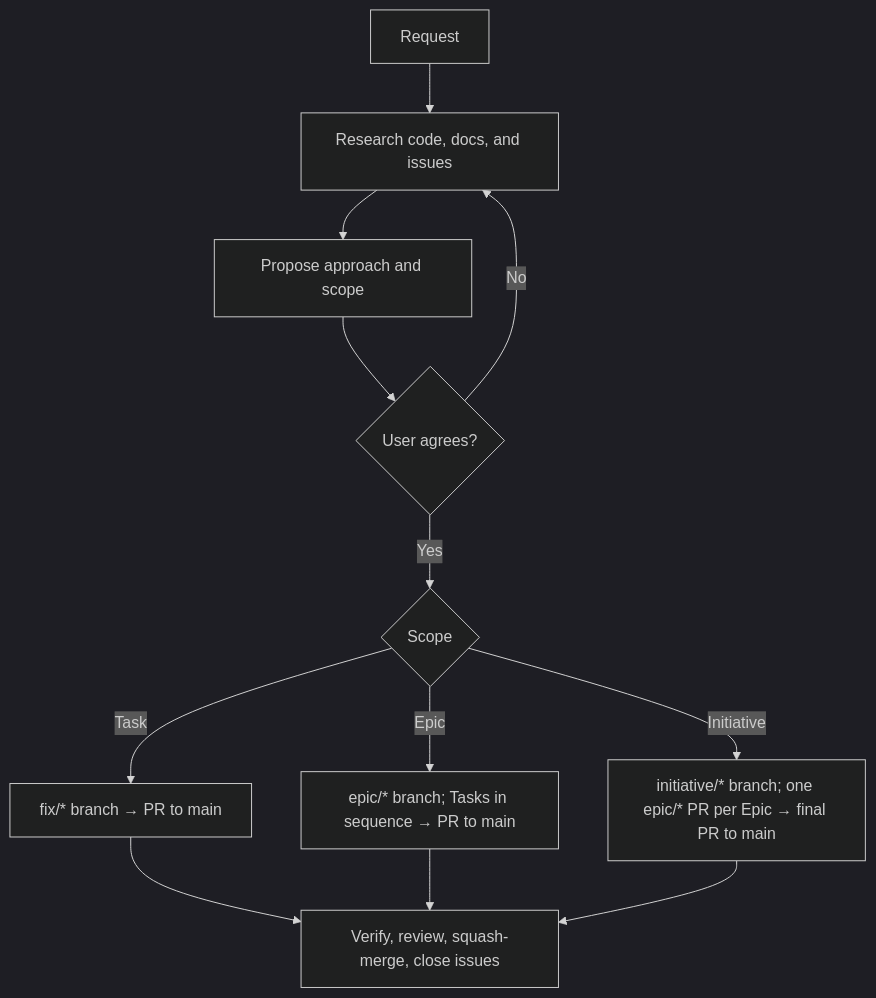
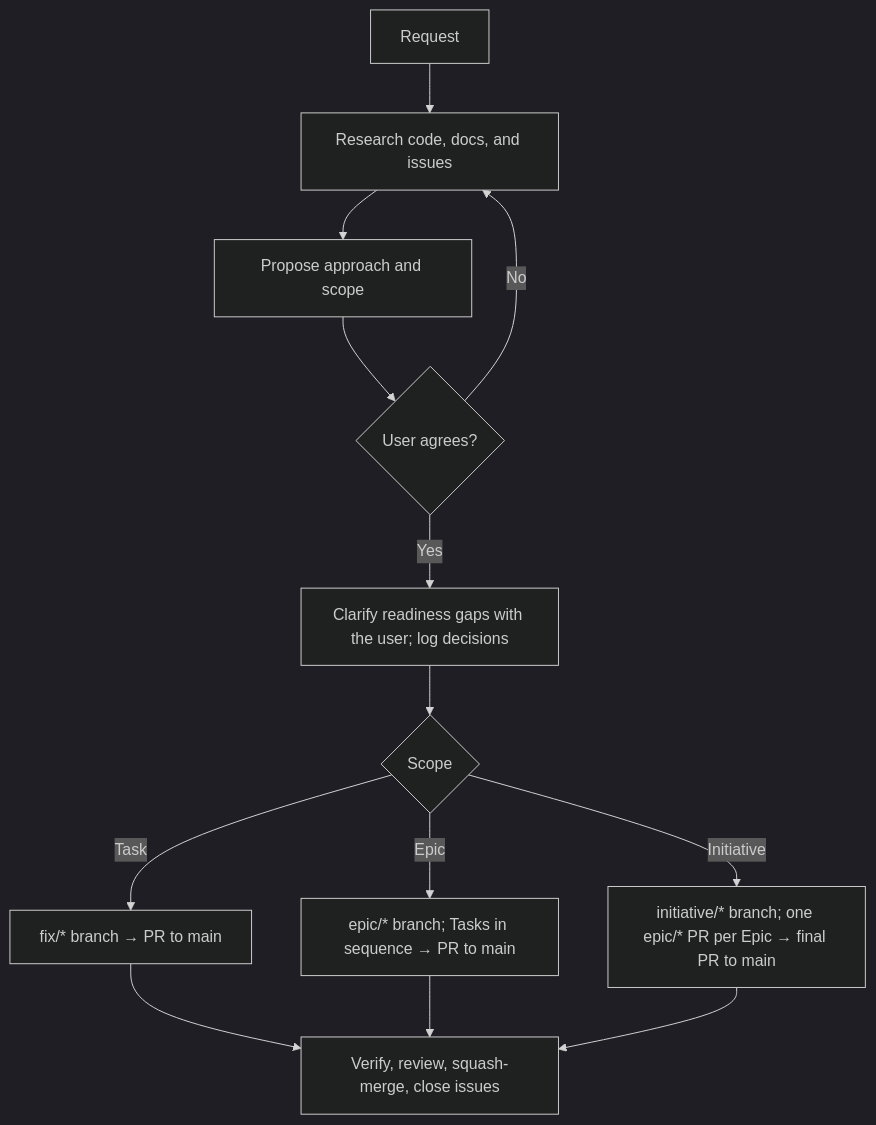
The diagram in README.md (nkhus/orchi), drawn with Mermaid (dark theme) before and after one commit. The commit also changed other lines of this file and 10 other files, not shown here.

````diff
--- a/README.md
+++ b/README.md
@@ -70,14 +70,15 @@
 ```mermaid
 flowchart TD
     A[Request] --> B[Research code, docs, and issues]
     B --> C[Propose approach and scope]
     C --> D{User agrees?}
     D -->|No| B
-    D -->|Yes| E{Scope}
+    D -->|Yes| Q[Clarify readiness gaps with the user; log decisions]
+    Q --> E{Scope}
     E -->|Task| F[fix/* branch → PR to main]
     E -->|Epic| G[epic/* branch; Tasks in sequence → PR to main]
     E -->|Initiative| H[initiative/* branch; one epic/* PR per Epic → final PR to main]
     F --> I[Verify, review, squash-merge, close issues]
     G --> I
     H --> I
 ```
````
